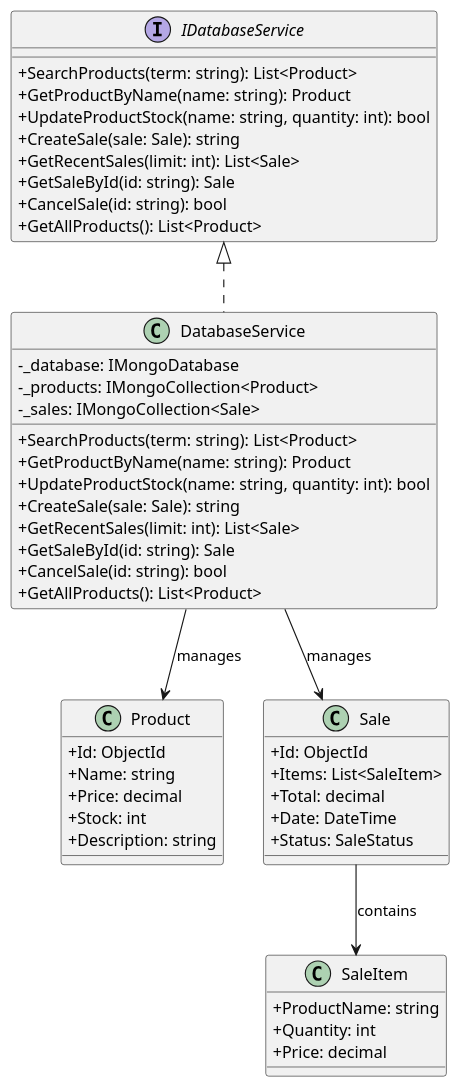
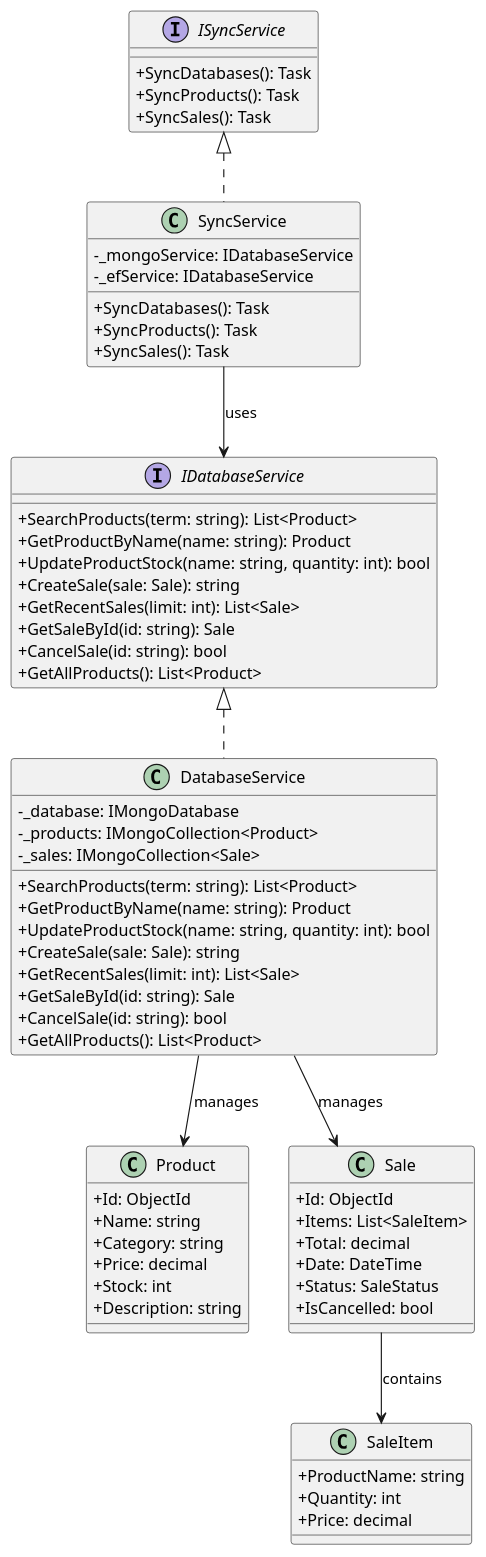
One commit to Reinemaker/LOG430_02_Lab1 changed the diagram in docs/UML/class-diagram.puml. Above: the diagram before and after it, drawn with PlantUML. The commit also changed 36 other files, not shown here.

Commit message:
Ajustment were made to respects lab requirements, suchas ADR, UML, EF Core Addition, etc.

```diff
--- a/docs/UML/class-diagram.puml
+++ b/docs/UML/class-diagram.puml
@@ -1,62 +1,80 @@
 @startuml Corner Shop Class Diagram
 
 ' Style
 skinparam classAttributeIconSize 0
 skinparam packageStyle rectangle
 
 ' Interfaces
 interface IDatabaseService {
     +SearchProducts(term: string): List<Product>
     +GetProductByName(name: string): Product
     +UpdateProductStock(name: string, quantity: int): bool
     +CreateSale(sale: Sale): string
     +GetRecentSales(limit: int): List<Sale>
     +GetSaleById(id: string): Sale
     +CancelSale(id: string): bool
     +GetAllProducts(): List<Product>
 }
 
+interface ISyncService {
+    +SyncDatabases(): Task
+    +SyncProducts(): Task
+    +SyncSales(): Task
+}
+
 ' Classes
 class DatabaseService {
     -_database: IMongoDatabase
     -_products: IMongoCollection<Product>
     -_sales: IMongoCollection<Sale>
     +SearchProducts(term: string): List<Product>
     +GetProductByName(name: string): Product
     +UpdateProductStock(name: string, quantity: int): bool
     +CreateSale(sale: Sale): string
     +GetRecentSales(limit: int): List<Sale>
     +GetSaleById(id: string): Sale
     +CancelSale(id: string): bool
     +GetAllProducts(): List<Product>
 }
 
+class SyncService {
+    -_mongoService: IDatabaseService
+    -_efService: IDatabaseService
+    +SyncDatabases(): Task
+    +SyncProducts(): Task
+    +SyncSales(): Task
+}
+
 class Product {
     +Id: ObjectId
     +Name: string
+    +Category: string
     +Price: decimal
     +Stock: int
     +Description: string
 }
 
 class Sale {
     +Id: ObjectId
     +Items: List<SaleItem>
     +Total: decimal
     +Date: DateTime
     +Status: SaleStatus
+    +IsCancelled: bool
 }
 
 class SaleItem {
     +ProductName: string
     +Quantity: int
     +Price: decimal
 }
 
 ' Relationships
 IDatabaseService <|.. DatabaseService
+ISyncService <|.. SyncService
 DatabaseService --> Product: manages
 DatabaseService --> Sale: manages
 Sale --> SaleItem: contains
+SyncService --> IDatabaseService: uses
 
 @enduml 
```
